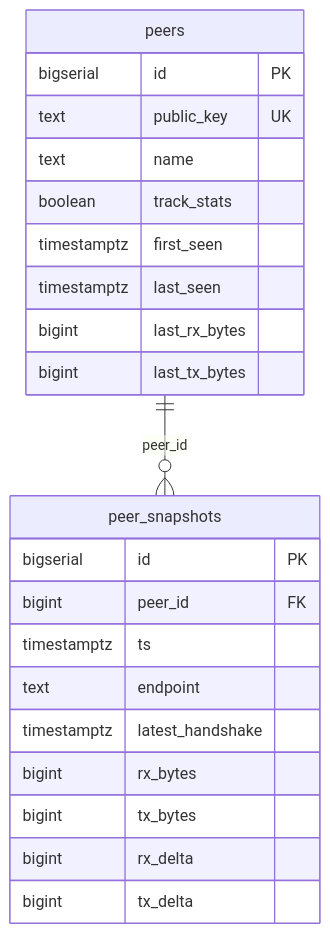
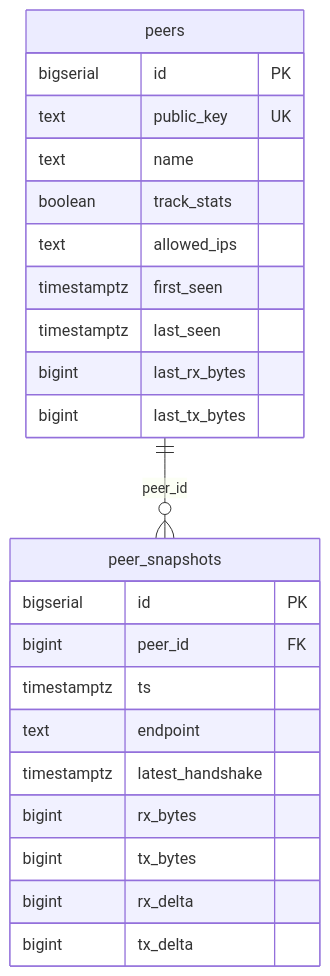
Before and after one commit to alexlimon404/log-awg: the diagram in docs/PLAN.md, drawn with Mermaid. The commit also changed other lines of this file and 7 other files, not shown here.

First line of the commit message:
feat: store each peer's allowed-ips (internal VPN address)

````diff
--- a/docs/PLAN.md
+++ b/docs/PLAN.md
@@ -71,27 +71,28 @@
 ```mermaid
 erDiagram
     peers ||--o{ peer_snapshots : "peer_id"
 
     peers {
         bigserial id PK
         text public_key UK
         text name
         boolean track_stats
+        text allowed_ips
         timestamptz first_seen
         timestamptz last_seen
         bigint last_rx_bytes
         bigint last_tx_bytes
     }
 
     peer_snapshots {
         bigserial id PK
         bigint peer_id FK
         timestamptz ts
         text endpoint
         timestamptz latest_handshake
         bigint rx_bytes
         bigint tx_bytes
         bigint rx_delta
         bigint tx_delta
     }
 ```
````
